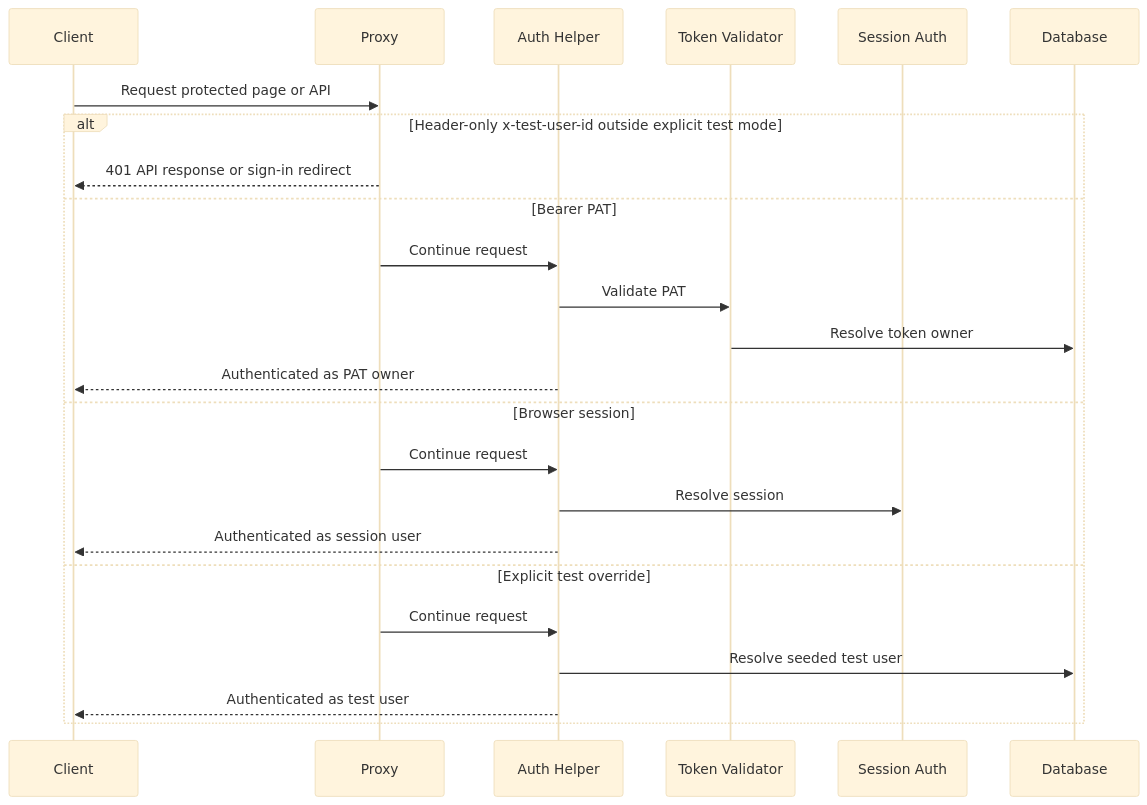
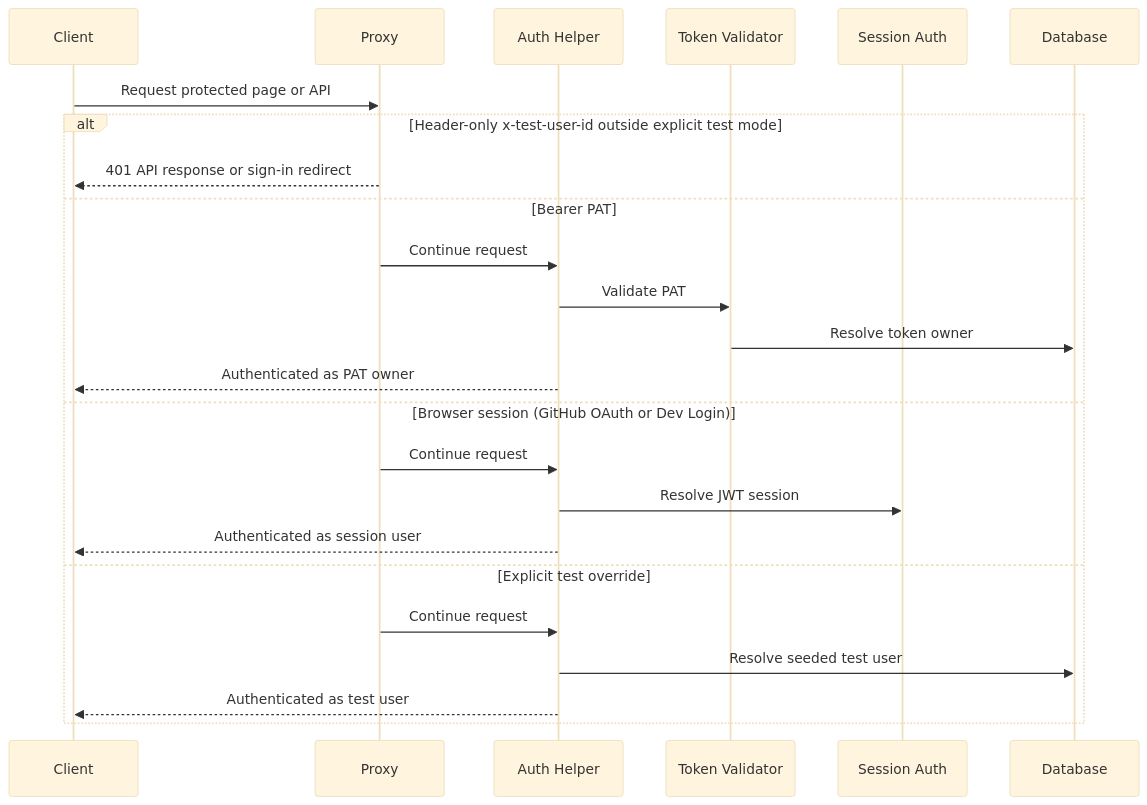
One commit to bfernandez31/ai-board changed the second of 2 diagrams in specs/specifications/technical/implementation/authentication.md. Above: the diagram before and after it, drawn with Mermaid (base theme). The commit also changed other lines of this file, not shown here.

````diff
--- a/specs/specifications/technical/implementation/authentication.md
+++ b/specs/specifications/technical/implementation/authentication.md
@@ -224,27 +337,27 @@
 ```mermaid
 sequenceDiagram
     participant C as Client
     participant P as Proxy
     participant A as Auth Helper
     participant T as Token Validator
     participant S as Session Auth
     participant DB as Database
 
     C->>P: Request protected page or API
     alt Header-only x-test-user-id outside explicit test mode
         P-->>C: 401 API response or sign-in redirect
     else Bearer PAT
         P->>A: Continue request
         A->>T: Validate PAT
         T->>DB: Resolve token owner
         A-->>C: Authenticated as PAT owner
-    else Browser session
+    else Browser session (GitHub OAuth or Dev Login)
         P->>A: Continue request
-        A->>S: Resolve session
+        A->>S: Resolve JWT session
         A-->>C: Authenticated as session user
     else Explicit test override
         P->>A: Continue request
         A->>DB: Resolve seeded test user
         A-->>C: Authenticated as test user
     end
 ```
````
